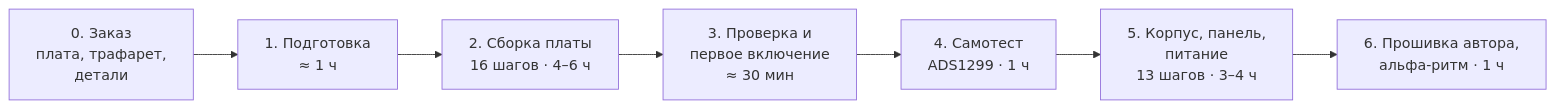
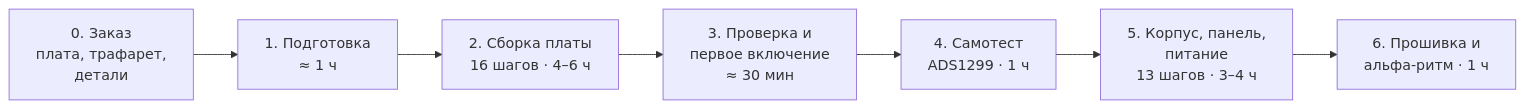
The diagram in README.md (PaperPit/DIY-EEG-OpenMind), drawn with Mermaid before and after one commit. The commit also changed other lines of this file and 11 other files, not shown here.

````diff
--- a/README.md
+++ b/README.md
@@ -28,9 +28,9 @@
 ```mermaid
 flowchart LR
   Z["0. Заказ<br/>плата, трафарет,<br/>детали"] --> A["1. Подготовка<br/>≈ 1 ч"]
   A --> B["2. Сборка платы<br/>16 шагов · 4–6 ч"]
   B --> C["3. Проверка и<br/>первое включение<br/>≈ 30 мин"]
   C --> D["4. Самотест<br/>ADS1299 · 1 ч"]
   D --> E["5. Корпус, панель,<br/>питание<br/>13 шагов · 3–4 ч"]
-  E --> F["6. Прошивка автора,<br/>альфа-ритм · 1 ч"]
+  E --> F["6. Прошивка и<br/>альфа-ритм · 1 ч"]
 ```
````
